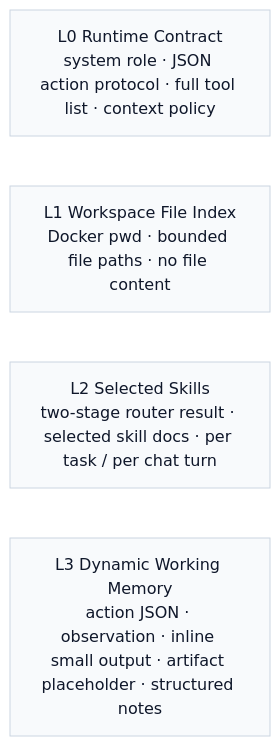
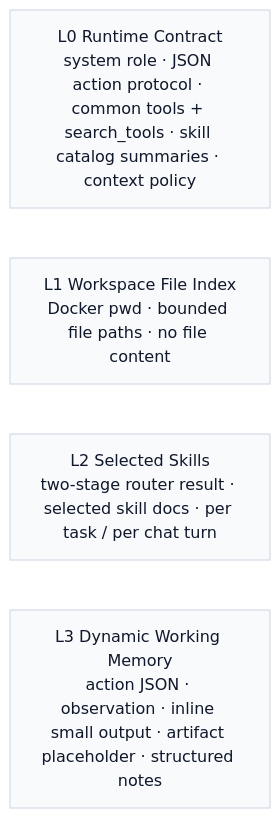
Before and after one commit to Cachuela11/MiniCode: diagram 13 of 15 in README.md, drawn with Mermaid (neutral theme). The commit also changed other lines of this file and 10 other files, not shown here.

Commit message:
update skill&tool retrival

````diff
--- a/README.md
+++ b/README.md
@@ -793,14 +794,14 @@
 ```mermaid
 flowchart TB
-    L0["L0 Runtime Contract<br/>system role · JSON action protocol · full tool list · context policy"]
+    L0["L0 Runtime Contract<br/>system role · JSON action protocol · common tools + search_tools · skill catalog summaries · context policy"]
     L1["L1 Workspace File Index<br/>Docker pwd · bounded file paths · no file content"]
     L2["L2 Selected Skills<br/>two-stage router result · selected skill docs · per task / per chat turn"]
     L3["L3 Dynamic Working Memory<br/>action JSON · observation · inline small output · artifact placeholder · structured notes"]
 
     L0 ~~~ L1
     L1 ~~~ L2
     L2 ~~~ L3
 
     classDef layer fill:#f8fafc,stroke:#cbd5e1,color:#0f172a,stroke-width:1px
     class L0,L1,L2,L3 layer
 ```
````
